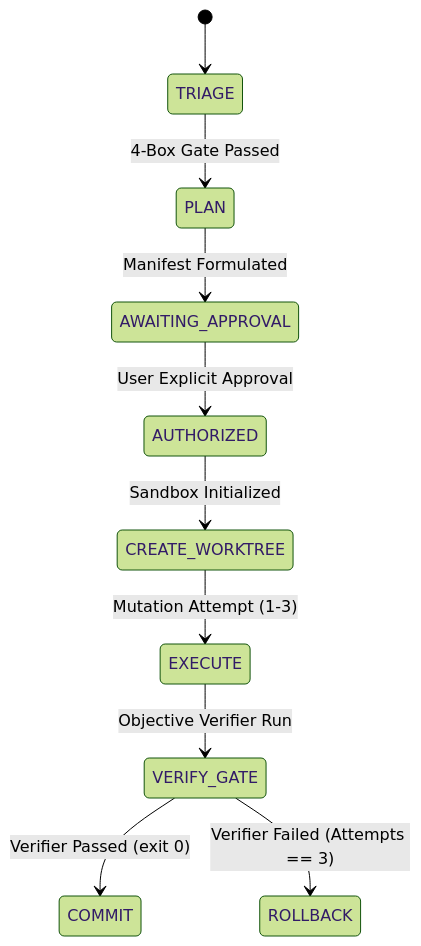
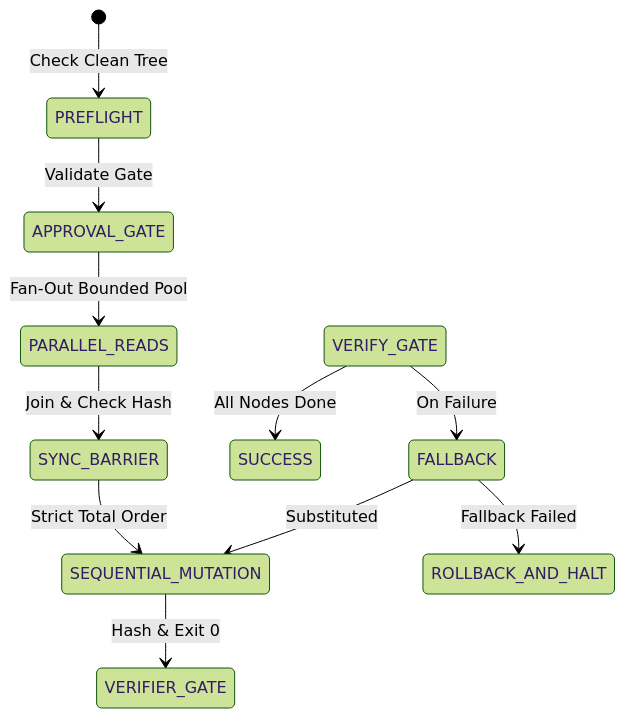
The diagram in plugins/agent-orchestration/skills/graph-execution/SKILL.md (richfrem/agent-plugins-skills), drawn with Mermaid (forest theme) before and after one commit. The commit also changed other lines of this file and 30 other files, not shown here.

First line of the commit message:
feat(agent-orchestration): implement graph-runner, manifest-validator, and graph-planner skill

````diff
--- a/plugins/agent-orchestration/skills/graph-execution/SKILL.md
+++ b/plugins/agent-orchestration/skills/graph-execution/SKILL.md
@@ -37,12 +45,13 @@
 ```mermaid
 stateDiagram-v2
-    [*] --> TRIAGE
-    TRIAGE --> PLAN: 4-Box Gate Passed
-    PLAN --> AWAITING_APPROVAL: Manifest Formulated
-    AWAITING_APPROVAL --> AUTHORIZED: User Explicit Approval
-    AUTHORIZED --> CREATE_WORKTREE: Sandbox Initialized
-    CREATE_WORKTREE --> EXECUTE: Mutation Attempt (1-3)
-    EXECUTE --> VERIFY_GATE: Objective Verifier Run
-    VERIFY_GATE --> COMMIT: Verifier Passed (exit 0)
-    VERIFY_GATE --> ROLLBACK: Verifier Failed (Attempts == 3)
+    [*] --> PREFLIGHT: Check Clean Tree
+    PREFLIGHT --> APPROVAL_GATE: Validate Gate
+    APPROVAL_GATE --> PARALLEL_READS: Fan-Out Bounded Pool
+    PARALLEL_READS --> SYNC_BARRIER: Join & Check Hash
+    SYNC_BARRIER --> SEQUENTIAL_MUTATION: Strict Total Order
+    SEQUENTIAL_MUTATION --> VERIFIER_GATE: Hash & Exit 0
+    VERIFY_GATE --> SUCCESS: All Nodes Done
+    VERIFY_GATE --> FALLBACK: On Failure
+    FALLBACK --> SEQUENTIAL_MUTATION: Substituted
+    FALLBACK --> ROLLBACK_AND_HALT: Fallback Failed
 ```
````
